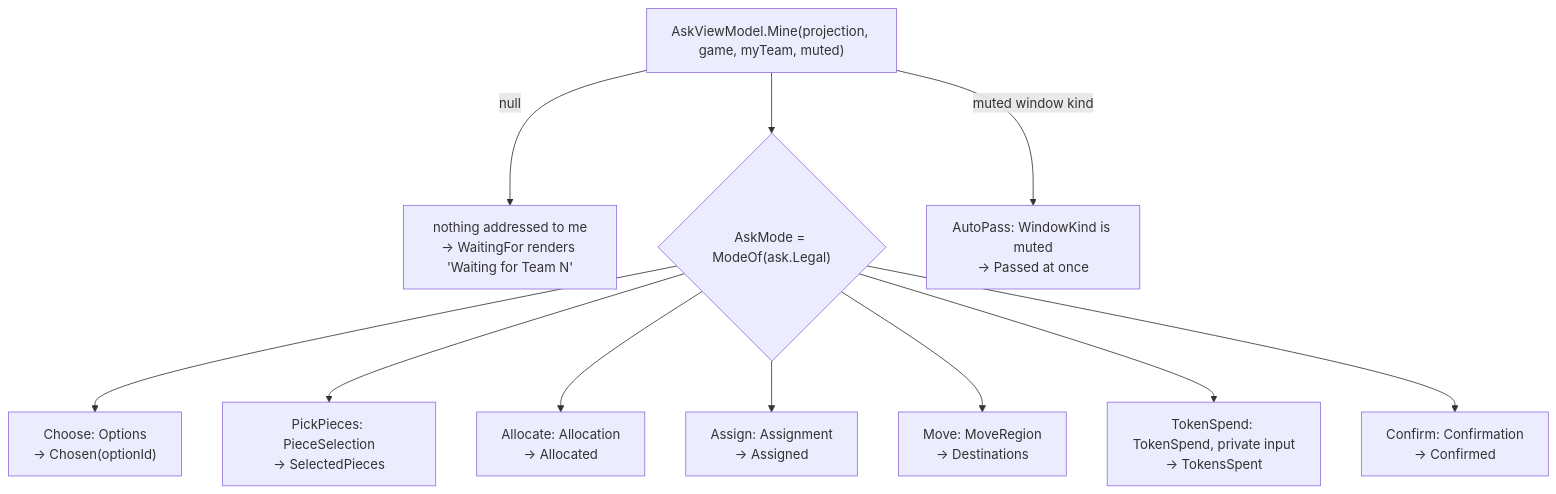
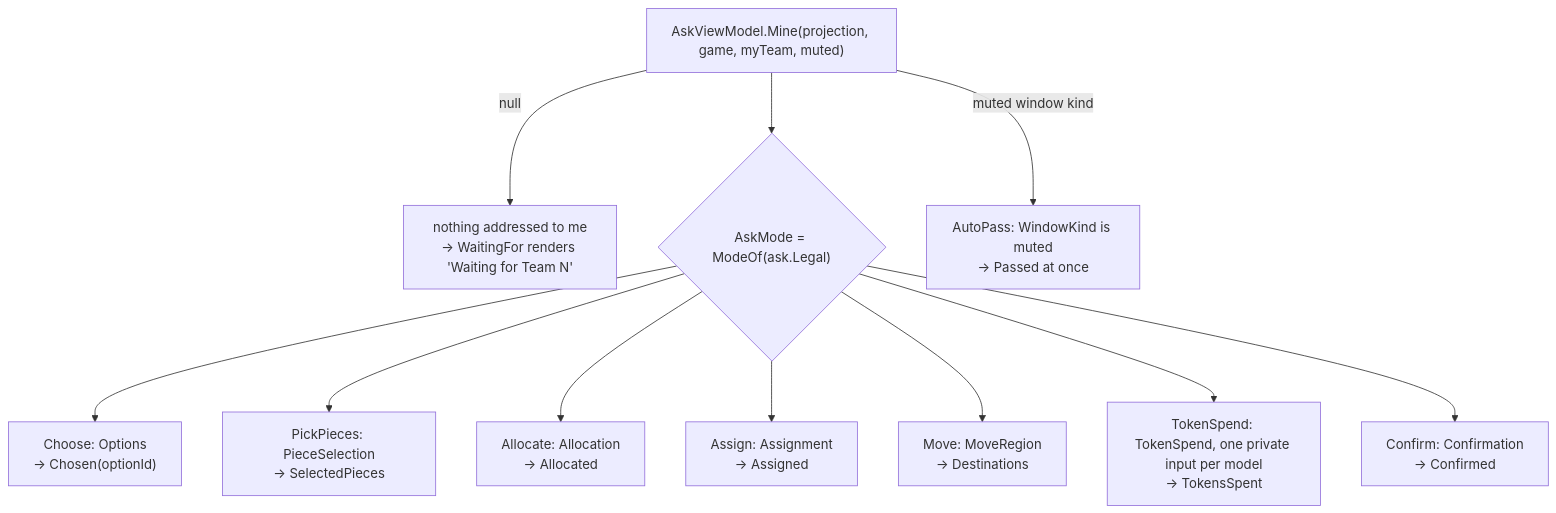
The eighth of 13 diagrams in docs/design/client/design.md (cstupi/tabletop), drawn with Mermaid before and after one commit. The commit also changed other lines of this file and 12 other files, not shown here.

First line of the commit message:
Let players choose their token spend, and let Sniper pick its target

````diff
--- a/docs/design/client/design.md
+++ b/docs/design/client/design.md
@@ -650,25 +650,25 @@
 ```mermaid
 flowchart TD
   mine["AskViewModel.Mine(projection, game, myTeam, muted)"]
   none["nothing addressed to me<br/>-> WaitingFor renders 'Waiting for Team N'"]
   legal{"AskMode = ModeOf(ask.Legal)"}
   choose["Choose: Options<br/>-> Chosen(optionId)"]
   pick["PickPieces: PieceSelection<br/>-> SelectedPieces"]
   alloc["Allocate: Allocation<br/>-> Allocated"]
   assign["Assign: Assignment<br/>-> Assigned"]
   move["Move: MoveRegion<br/>-> Destinations"]
-  spend["TokenSpend: TokenSpend, private input<br/>-> TokensSpent"]
+  spend["TokenSpend: TokenSpend, one private input per model<br/>-> TokensSpent"]
   confirm["Confirm: Confirmation<br/>-> Confirmed"]
   autopass["AutoPass: WindowKind is muted<br/>-> Passed at once"]
 
   mine -- "null" --> none
   mine -- "muted window kind" --> autopass
   mine --> legal
   legal --> choose
   legal --> pick
   legal --> alloc
   legal --> assign
   legal --> move
   legal --> spend
   legal --> confirm
 ```
````
